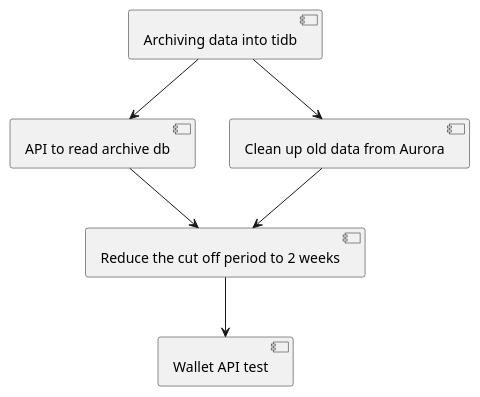
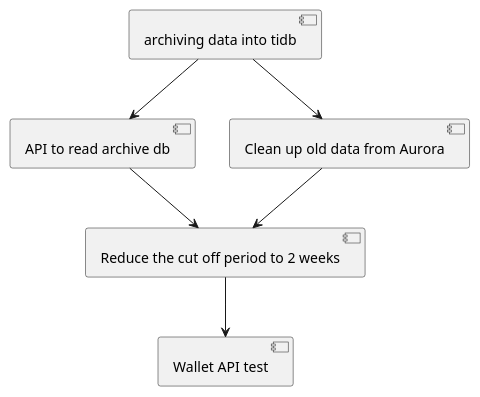
Before and after one commit to george24601/notes: the first of 4 diagrams in mgmt/plan.plantuml, drawn with PlantUML. The commit also changed other lines of this file and 7 other files, not shown here.

```diff
--- a/mgmt/plan.plantuml
+++ b/mgmt/plan.plantuml
@@ -1,12 +1,12 @@
 @startuml
-[Archiving data into tidb] --> [API to read archive db] 
+[archiving data into tidb] --> [API to read archive db] 
 
-[Archiving data into tidb] --> [Clean up old data from Aurora] 
+[archiving data into tidb] --> [Clean up old data from Aurora] 
 
 [API to read archive db] --> [Reduce the cut off period to 2 weeks] 
 
 [Clean up old data from Aurora] --> [Reduce the cut off period to 2 weeks] 
 
 [Reduce the cut off period to 2 weeks] --> [Wallet API test]
 
 @enduml
```
